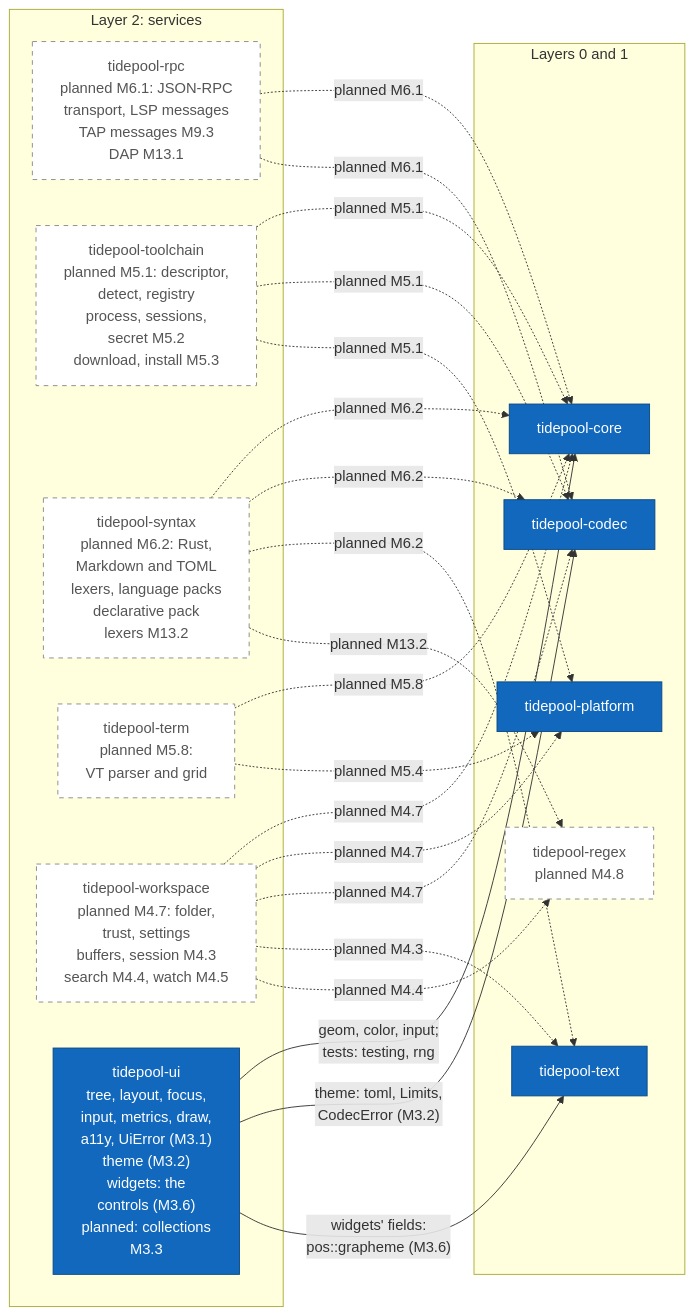
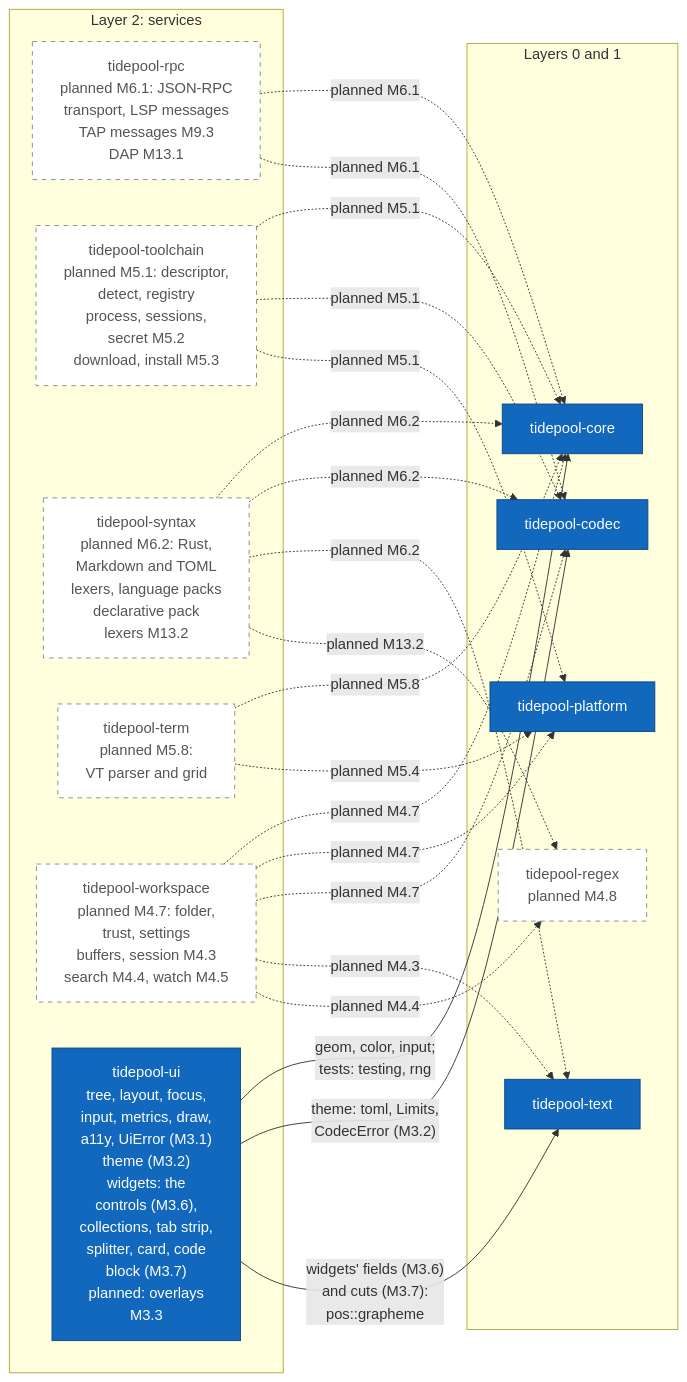
One commit to jabbott-iii/Tidepool changed the seventh of 17 diagrams in diagrams/c4-architecture.md. Above: the diagram before and after it, drawn with Mermaid. The commit also changed other lines of this file and 55 other files, not shown here.

First line of the commit message:
ui: collections, tab strip, splitter, card and code block (M3.7, ADR-0052)

````diff
--- a/diagrams/c4-architecture.md
+++ b/diagrams/c4-architecture.md
@@ -366,43 +368,43 @@
 ```mermaid
 flowchart LR
     subgraph L2["Layer 2: services"]
         k_rpc["tidepool-rpc<br/>planned M6.1: JSON-RPC<br/>transport, LSP messages<br/>TAP messages M9.3<br/>DAP M13.1"]
         k_toolchain["tidepool-toolchain<br/>planned M5.1: descriptor,<br/>detect, registry<br/>process, sessions,<br/>secret M5.2<br/>download, install M5.3"]
         k_syntax["tidepool-syntax<br/>planned M6.2: Rust,<br/>Markdown and TOML<br/>lexers, language packs<br/>declarative pack<br/>lexers M13.2"]
         k_term["tidepool-term<br/>planned M5.8:<br/>VT parser and grid"]
         k_workspace["tidepool-workspace<br/>planned M4.7: folder,<br/>trust, settings<br/>buffers, session M4.3<br/>search M4.4, watch M4.5"]
-        k_ui["tidepool-ui<br/>tree, layout, focus,<br/>input, metrics, draw,<br/>a11y, UiError (M3.1)<br/>theme (M3.2)<br/>widgets: the<br/>controls (M3.6)<br/>planned: collections<br/>M3.3"]
+        k_ui["tidepool-ui<br/>tree, layout, focus,<br/>input, metrics, draw,<br/>a11y, UiError (M3.1)<br/>theme (M3.2)<br/>widgets: the<br/>controls (M3.6),<br/>collections, tab strip,<br/>splitter, card, code<br/>block (M3.7)<br/>planned: overlays<br/>M3.3"]
     end
     subgraph L01["Layers 0 and 1"]
         k_platform["tidepool-platform"]
         k_codec["tidepool-codec"]
         k_text["tidepool-text"]
         k_regex["tidepool-regex<br/>planned M4.8"]
         k_core["tidepool-core"]
     end
 
     k_rpc -.->|"planned M6.1"| k_core
     k_rpc -.->|"planned M6.1"| k_codec
     k_toolchain -.->|"planned M5.1"| k_core
     k_toolchain -.->|"planned M5.1"| k_codec
     k_toolchain -.->|"planned M5.1"| k_platform
     k_syntax -.->|"planned M6.2"| k_core
     k_syntax -.->|"planned M6.2"| k_codec
     k_syntax -.->|"planned M6.2"| k_text
     k_syntax -.->|"planned M13.2"| k_regex
     k_term -.->|"planned M5.8"| k_core
     k_term -.->|"planned M5.4"| k_platform
     k_workspace -.->|"planned M4.7"| k_core
     k_workspace -.->|"planned M4.7"| k_platform
     k_workspace -.->|"planned M4.7"| k_codec
     k_workspace -.->|"planned M4.3"| k_text
     k_workspace -.->|"planned M4.4"| k_regex
     k_ui -->|"geom, color, input;<br/>tests: testing, rng"| k_core
     k_ui -->|"theme: toml, Limits,<br/>CodecError (M3.2)"| k_codec
-    k_ui -->|"widgets' fields:<br/>pos::grapheme (M3.6)"| k_text
+    k_ui -->|"widgets' fields (M3.6)<br/>and cuts (M3.7):<br/>pos::grapheme"| k_text
 
     classDef built fill:#1168bd,stroke:#0b4884,color:#ffffff
     classDef planned fill:#ffffff,stroke:#888888,stroke-dasharray: 5 5,color:#555555
     class k_platform,k_codec,k_text,k_core,k_ui built
     class k_rpc,k_toolchain,k_syntax,k_term,k_workspace,k_regex planned
 ```
````
